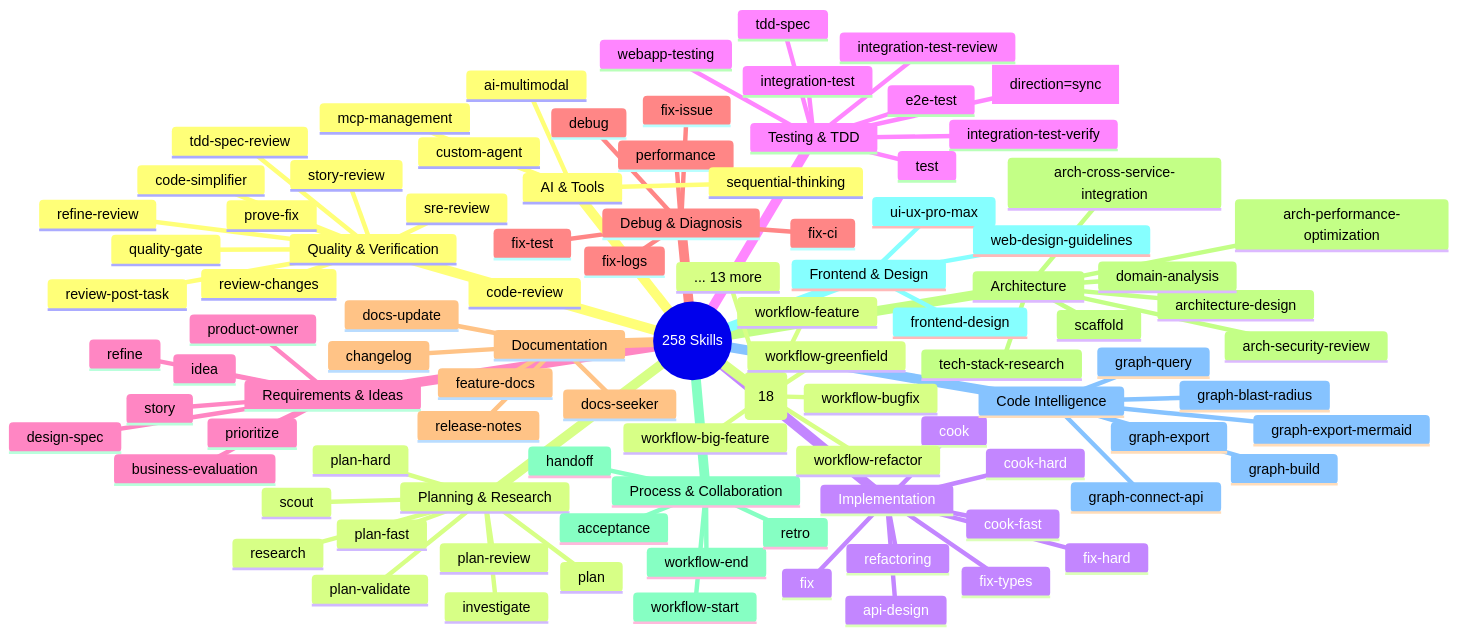
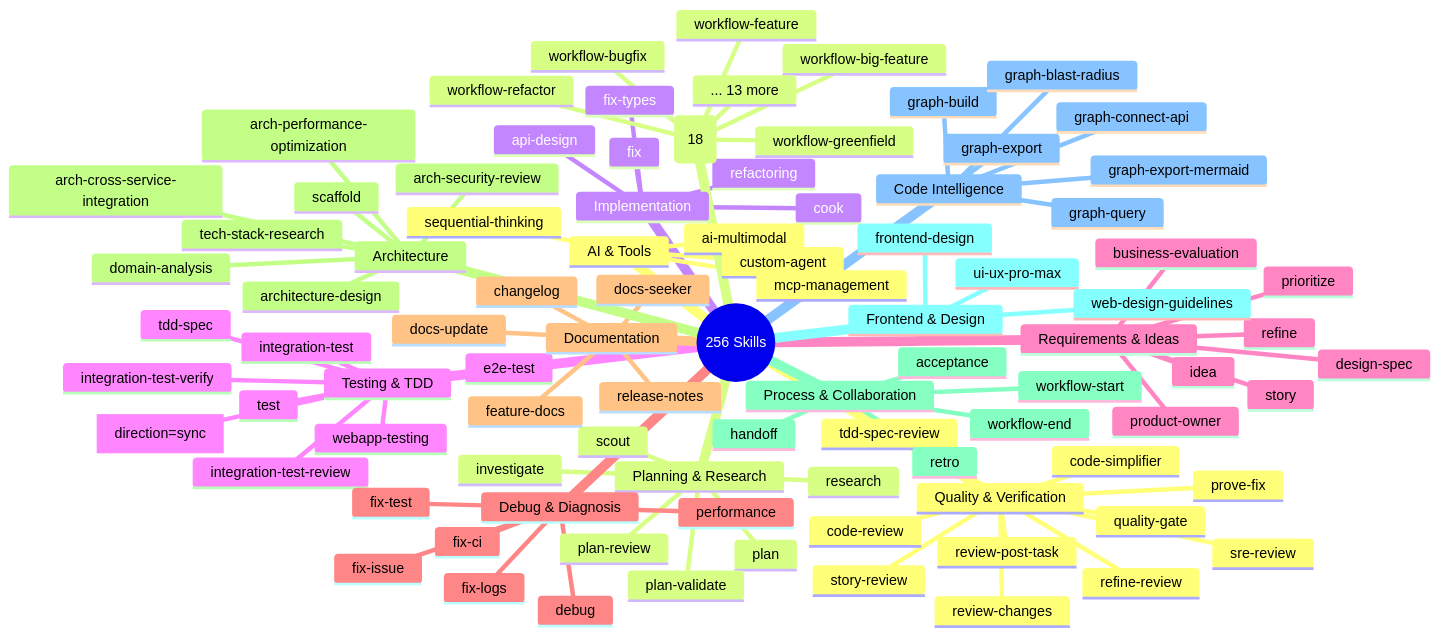
The fifth of 20 diagrams in .claude/docs/claude-ai-agent-framework-guide.md (duc01226/easy-claude), drawn with Mermaid before and after one commit. The commit also changed other lines of this file and 630 other files, not shown here.

````diff
--- a/.claude/docs/claude-ai-agent-framework-guide.md
+++ b/.claude/docs/claude-ai-agent-framework-guide.md
@@ -465,6 +464,6 @@
 ```mermaid
 mindmap
-  root((258 Skills))
+  root((256 Skills))
     Quality & Verification
       code-review
       prove-fix
@@ -478,8 +477,6 @@
       tdd-spec-review
     Planning & Research
       plan
-      plan-fast
-      plan-hard
       plan-review
       plan-validate
       investigate
@@ -487,11 +484,8 @@
       research
     Implementation
       cook
-      cook-fast
-      cook-hard
       fix
       fix-types
-      fix-hard
       refactoring
       api-design
     Testing & TDD
````
